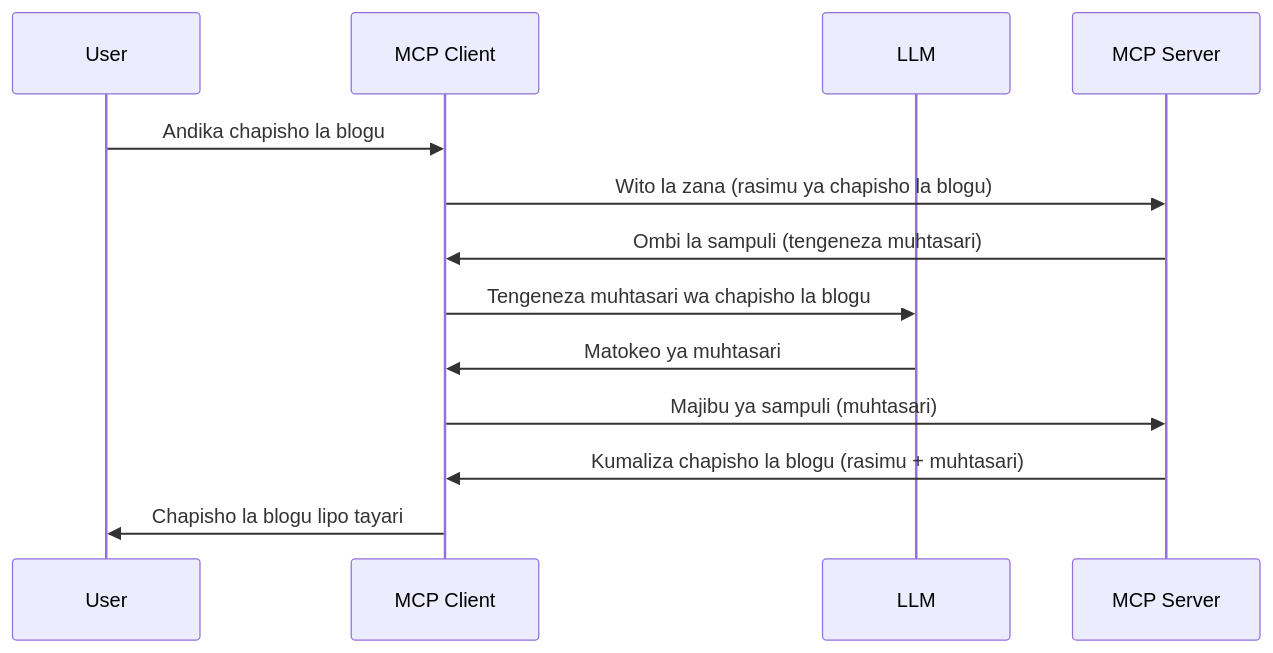
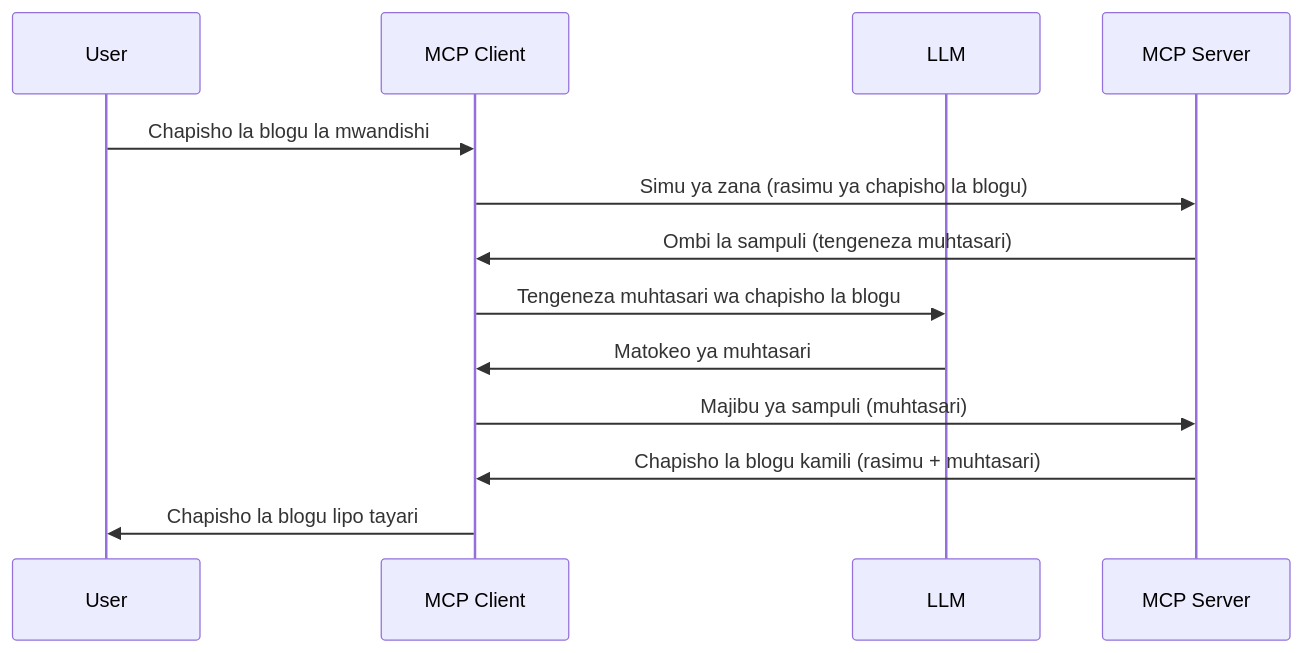
The diagram in mcp_ecosystem__model_context_protocol/mcp_learning_resources/mcp-for-beginners/translations/sw/03-GettingStarted/14-sampling/README.md (HIDORAKAI002/ai-workspace-archive), drawn with Mermaid before and after one commit. The commit also changed other lines of this file and 1046 other files, not shown here.

````diff
--- a/mcp_ecosystem__model_context_protocol/mcp_learning_resources/mcp-for-beginners/translations/sw/03-GettingStarted/14-sampling/README.md
+++ b/mcp_ecosystem__model_context_protocol/mcp_learning_resources/mcp-for-beginners/translations/sw/03-GettingStarted/14-sampling/README.md
@@ -23,16 +25,16 @@
 ```mermaid
 sequenceDiagram
     participant User
     participant MCP Client
     participant LLM
     participant MCP Server
 
-    User->>MCP Client: Andika chapisho la blogu
-    MCP Client->>MCP Server: Wito la zana (rasimu ya chapisho la blogu)
+    User->>MCP Client: Chapisho la blogu la mwandishi
+    MCP Client->>MCP Server: Simu ya zana (rasimu ya chapisho la blogu)
     MCP Server->>MCP Client: Ombi la sampuli (tengeneza muhtasari)
     MCP Client->>LLM: Tengeneza muhtasari wa chapisho la blogu
     LLM->>MCP Client: Matokeo ya muhtasari
     MCP Client->>MCP Server: Majibu ya sampuli (muhtasari)
-    MCP Server->>MCP Client: Kumaliza chapisho la blogu (rasimu + muhtasari)
+    MCP Server->>MCP Client: Chapisho la blogu kamili (rasimu + muhtasari)
     MCP Client->>User: Chapisho la blogu lipo tayari
 ```
````
